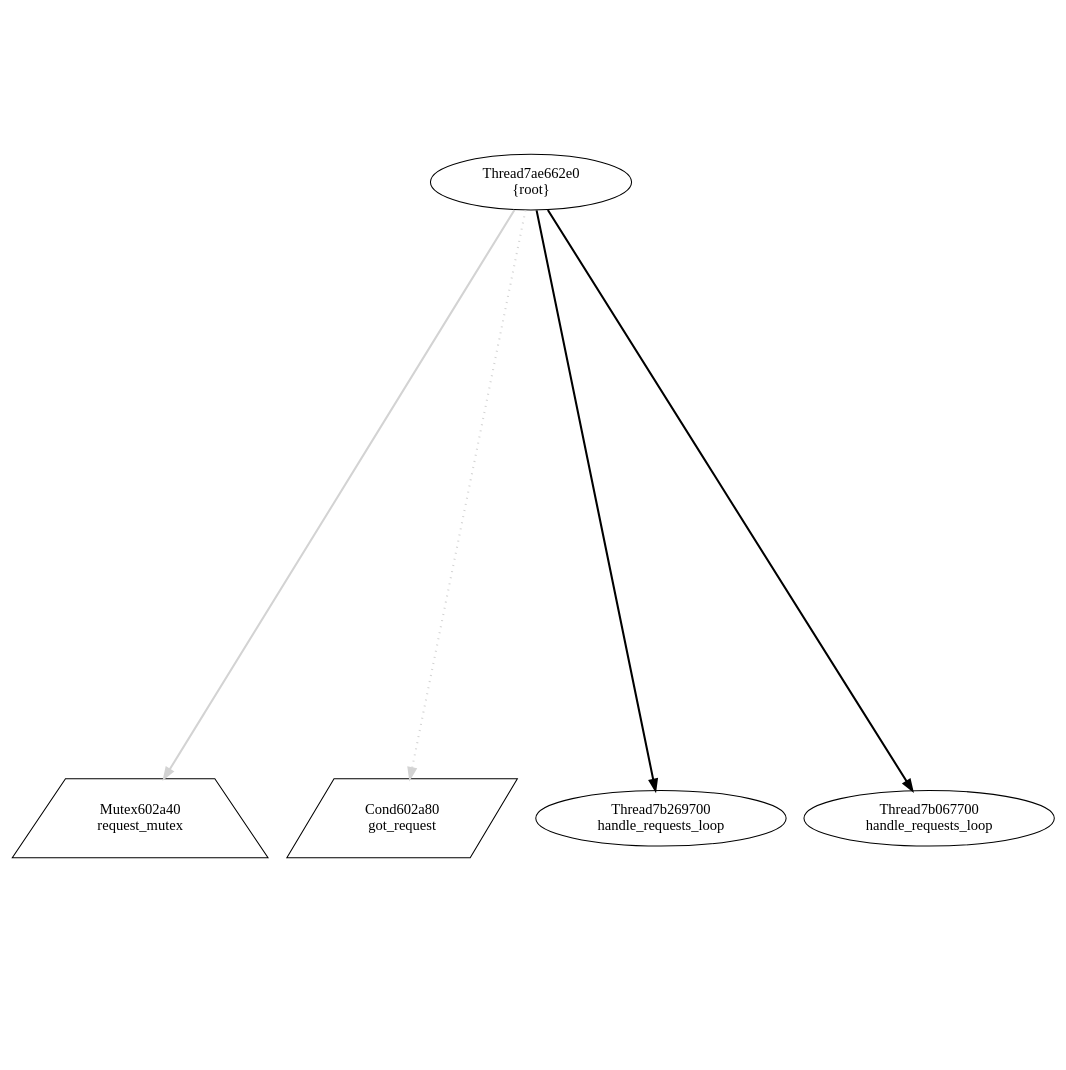
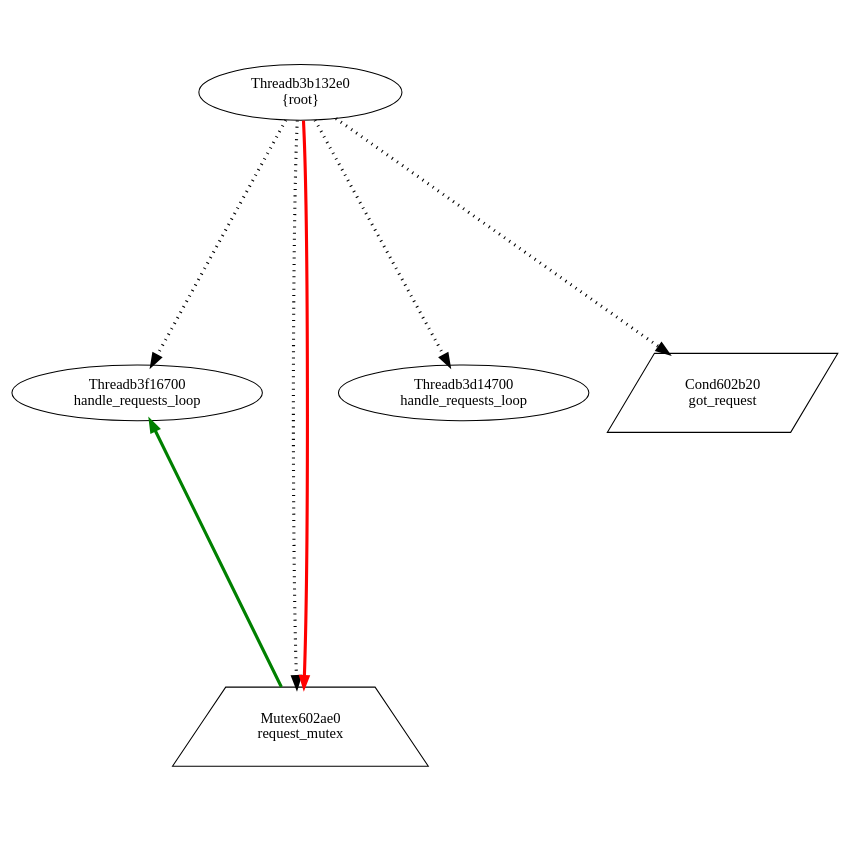
One commit to v4o6/cs410 changed the diagram in view/dot/graph011.dot. Above: the diagram before and after it, drawn with Graphviz. The commit also changed 109 other files, not shown here.

```diff
--- a/view/dot/graph011.dot
+++ b/view/dot/graph011.dot
@@ -1,12 +1,14 @@
 digraph G {
 graph[center=true, ratio=1];
-Mutex602a40 [shape=trapezium,color=black,label="Mutex602a40\nrequest_mutex"];
-Cond602a80 [shape=parallelogram,color=black,label="Cond602a80\ngot_request"];
-Thread7ae662e0 [color=black,label="Thread7ae662e0\n{root}"];
-Thread7ae662e0 -> Mutex602a40 [arrowhead=normal,color=lightgray,penwidth=2];
-Thread7ae662e0 -> Cond602a80 [style=dotted,color=lightgray,penwidth=2];
-Thread7ae662e0 -> Thread7b269700 [arrowhead=normal,penwidth=2];
-Thread7ae662e0 -> Thread7b067700 [arrowhead=normal,penwidth=2];
-Thread7b269700 [color=black,label="Thread7b269700\nhandle_requests_loop"];
-Thread7b067700 [color=black,label="Thread7b067700\nhandle_requests_loop"];
+Threadb3f16700 [color=black,label="Threadb3f16700\nhandle_requests_loop"];
+Threadb3f16700 -> Mutex602ae0 [arrowhead=normal,color=green,dir=back,penwidth=3];
+Threadb3d14700 [color=black,label="Threadb3d14700\nhandle_requests_loop"];
+Threadb3b132e0 [color=black,label="Threadb3b132e0\n{root}"];
+Threadb3b132e0 -> Mutex602ae0 [style=dotted,arrowhead=normal,penwidth=3];
+Threadb3b132e0 -> Cond602b20 [style=dotted,arrowhead=normal,penwidth=3];
+Threadb3b132e0 -> Threadb3d14700 [style=dotted,arrowhead=normal,penwidth=3];
+Threadb3b132e0 -> Threadb3f16700 [style=dotted,arrowhead=normal,penwidth=3];
+Threadb3b132e0 -> Mutex602ae0 [arrowhead=normal,color=red,penwidth=3];
+Cond602b20 [shape=parallelogram,color=black,label="Cond602b20\ngot_request"];
+Mutex602ae0 [shape=trapezium,color=black,label="Mutex602ae0\nrequest_mutex"];
 }
```
